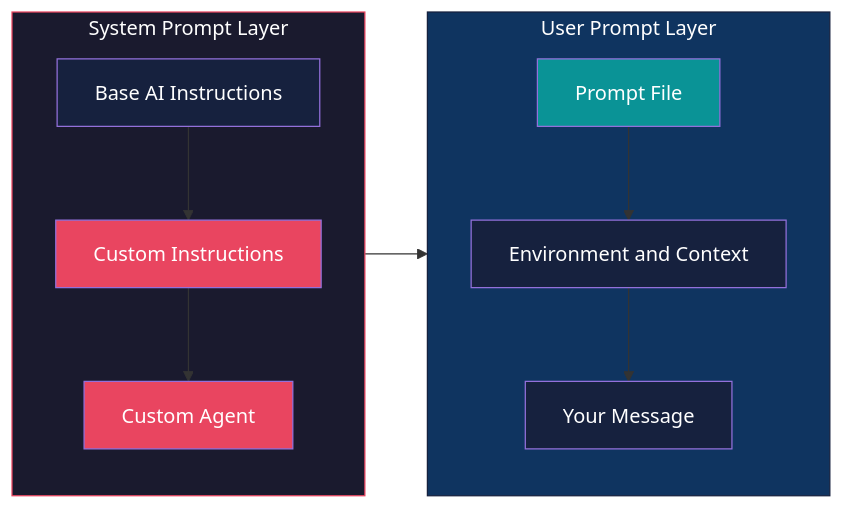
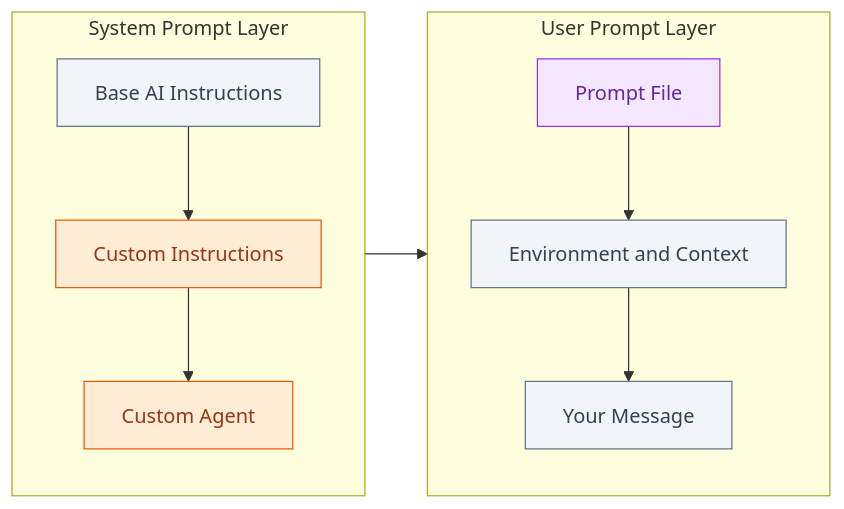
Before and after one commit to raj-champion-trader/rajchampaneriya.github.io: the second of 3 diagrams in hugo-site/content/blog/2026/01/1.understanding-vscode-copilot-chat-architecture.md, drawn with Mermaid. The commit also changed other lines of this file and 4 other files, not shown here.

Commit message:
style: Enhance Mermaid diagram support with semantic node classes and guidelines for consistent theming

````diff
--- a/hugo-site/content/blog/2026/01/1.understanding-vscode-copilot-chat-architecture.md
+++ b/hugo-site/content/blog/2026/01/1.understanding-vscode-copilot-chat-architecture.md
@@ -72,22 +76,18 @@
 ```mermaid
 flowchart LR
+  classDef accent fill:#ffedd5,stroke:#ea580c,color:#9a3412
+  classDef highlight fill:#f3e8ff,stroke:#9333ea,color:#6b21a8
+  classDef neutral fill:#f1f5f9,stroke:#64748b,color:#334155
+
   subgraph SP["System Prompt Layer"]
     direction TB
-    BASE["Base AI Instructions"] --> CI["Custom Instructions"]
-    CI --> CA["Custom Agent"]
+    BASE["Base AI Instructions"]:::neutral --> CI["Custom Instructions"]:::accent
+    CI --> CA["Custom Agent"]:::accent
   end
   subgraph UP["User Prompt Layer"]
     direction TB
-    PF["Prompt File"] --> ENV["Environment and Context"]
-    ENV --> MSG["Your Message"]
+    PF["Prompt File"]:::highlight --> ENV["Environment and Context"]:::neutral
+    ENV --> MSG["Your Message"]:::neutral
   end
   SP --> UP
-  style SP fill:#1a1a2e,stroke:#e94560,color:#fff
-  style UP fill:#0f3460,stroke:#16213e,color:#fff
-  style CI fill:#e94560,color:#fff
-  style CA fill:#e94560,color:#fff
-  style PF fill:#0a9396,color:#fff
-  style BASE fill:#16213e,color:#fff
-  style ENV fill:#16213e,color:#fff
-  style MSG fill:#16213e,color:#fff
 ```
````
